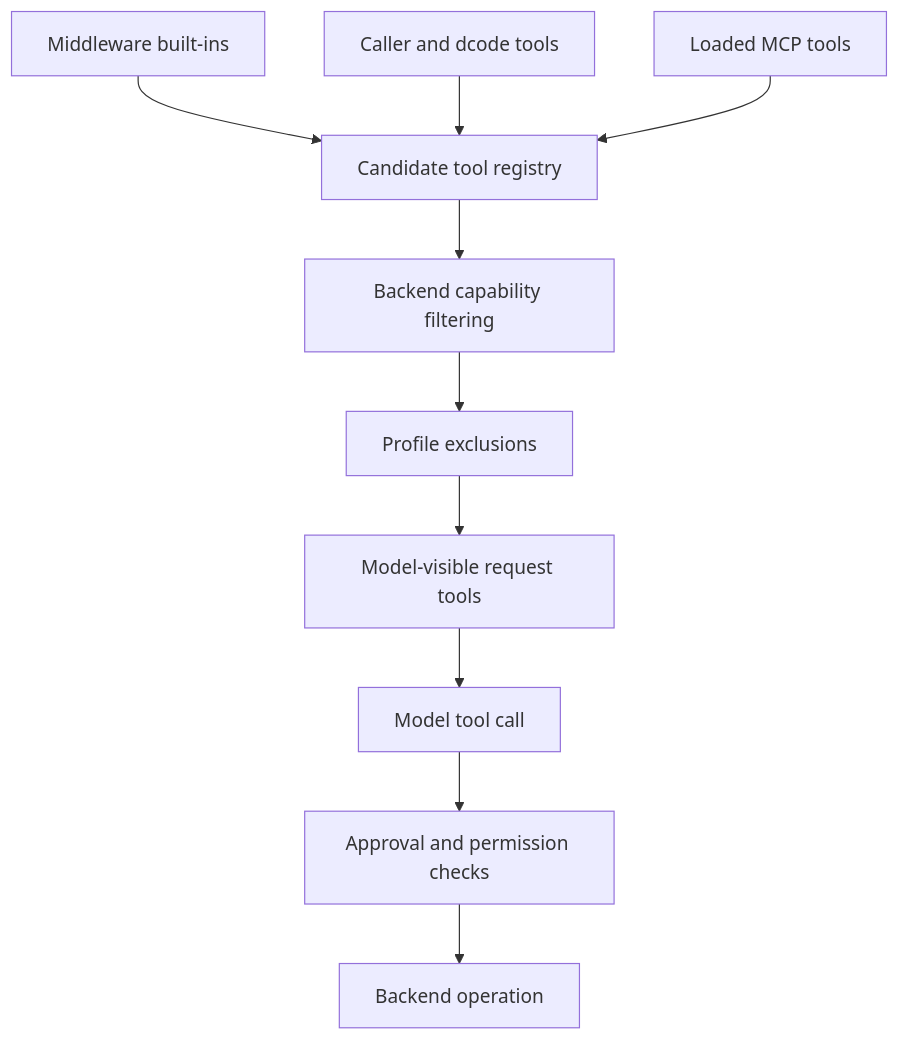
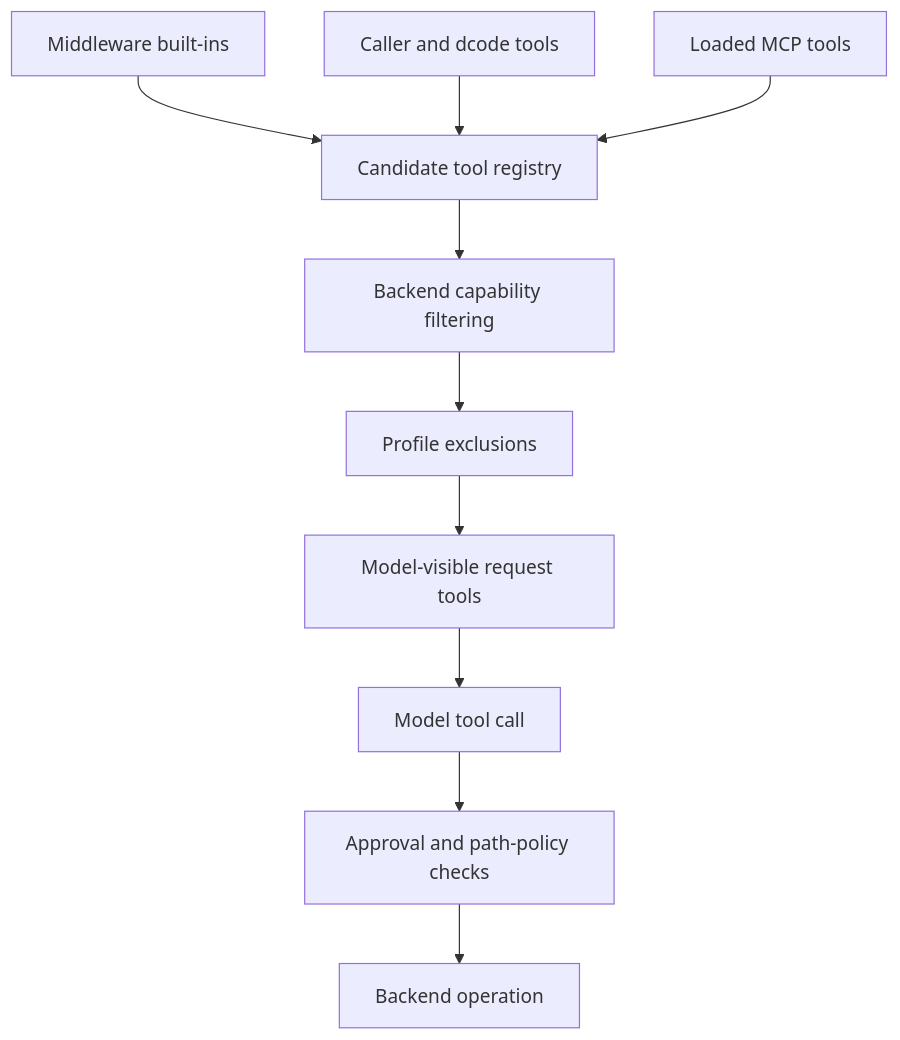
Before and after one commit to langchain-ai/deepagents: the diagram in openwiki/concepts/tools-filesystem.md, drawn with Mermaid. The commit also changed other lines of this file and 63 other files, not shown here.

````diff
--- a/openwiki/concepts/tools-filesystem.md
+++ b/openwiki/concepts/tools-filesystem.md
@@ -41,12 +24,12 @@
 ```mermaid
 flowchart TD
   Builtins["Middleware built-ins"] --> Candidate["Candidate tool registry"]
   Caller["Caller and dcode tools"] --> Candidate
   MCP["Loaded MCP tools"] --> Candidate
   Candidate --> Capability["Backend capability filtering"]
   Capability --> Exclusion["Profile exclusions"]
   Exclusion --> Visible["Model-visible request tools"]
   Visible --> Call["Model tool call"]
-  Call --> Guard["Approval and permission checks"]
+  Call --> Guard["Approval and path-policy checks"]
   Guard --> Backend["Backend operation"]
 ```
````
